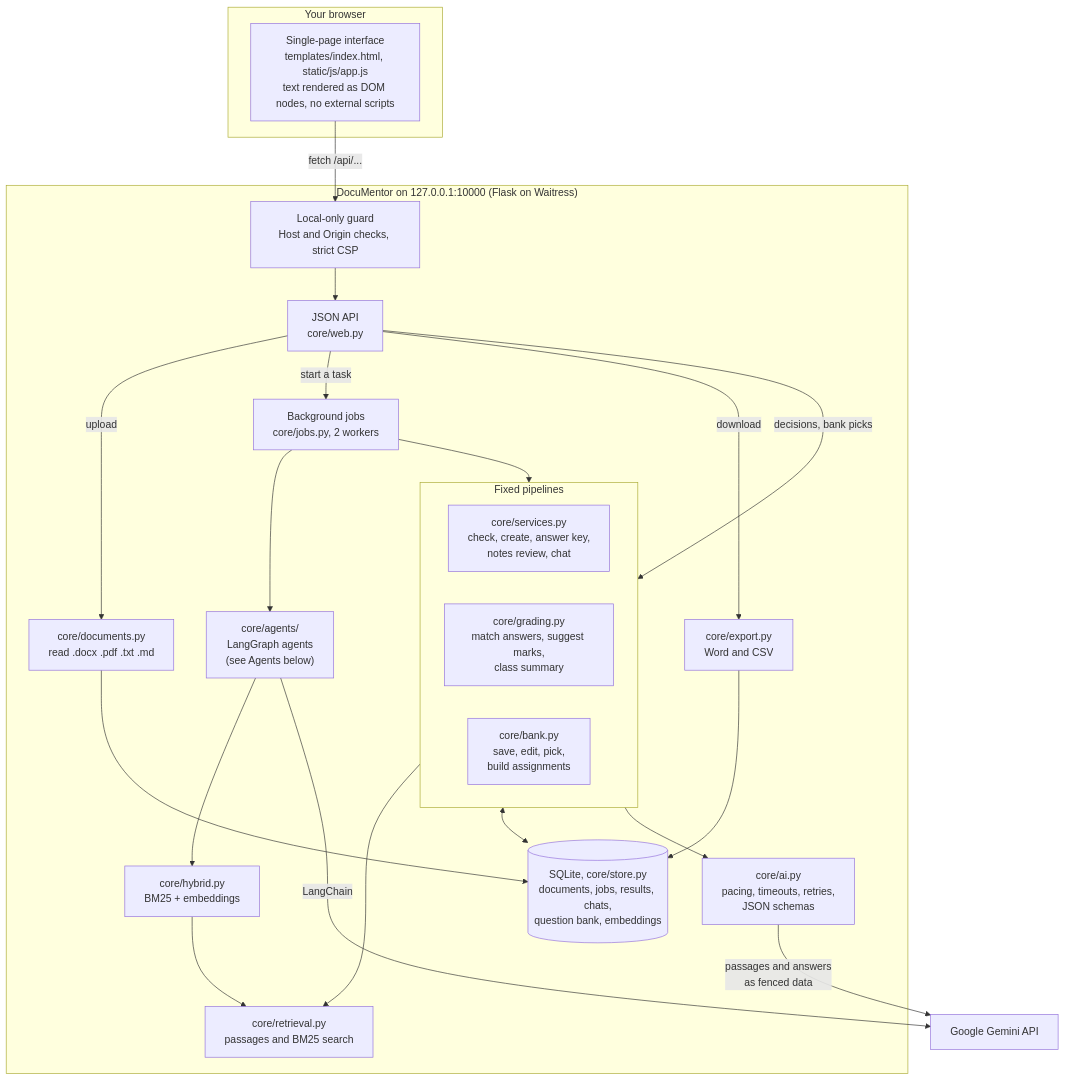
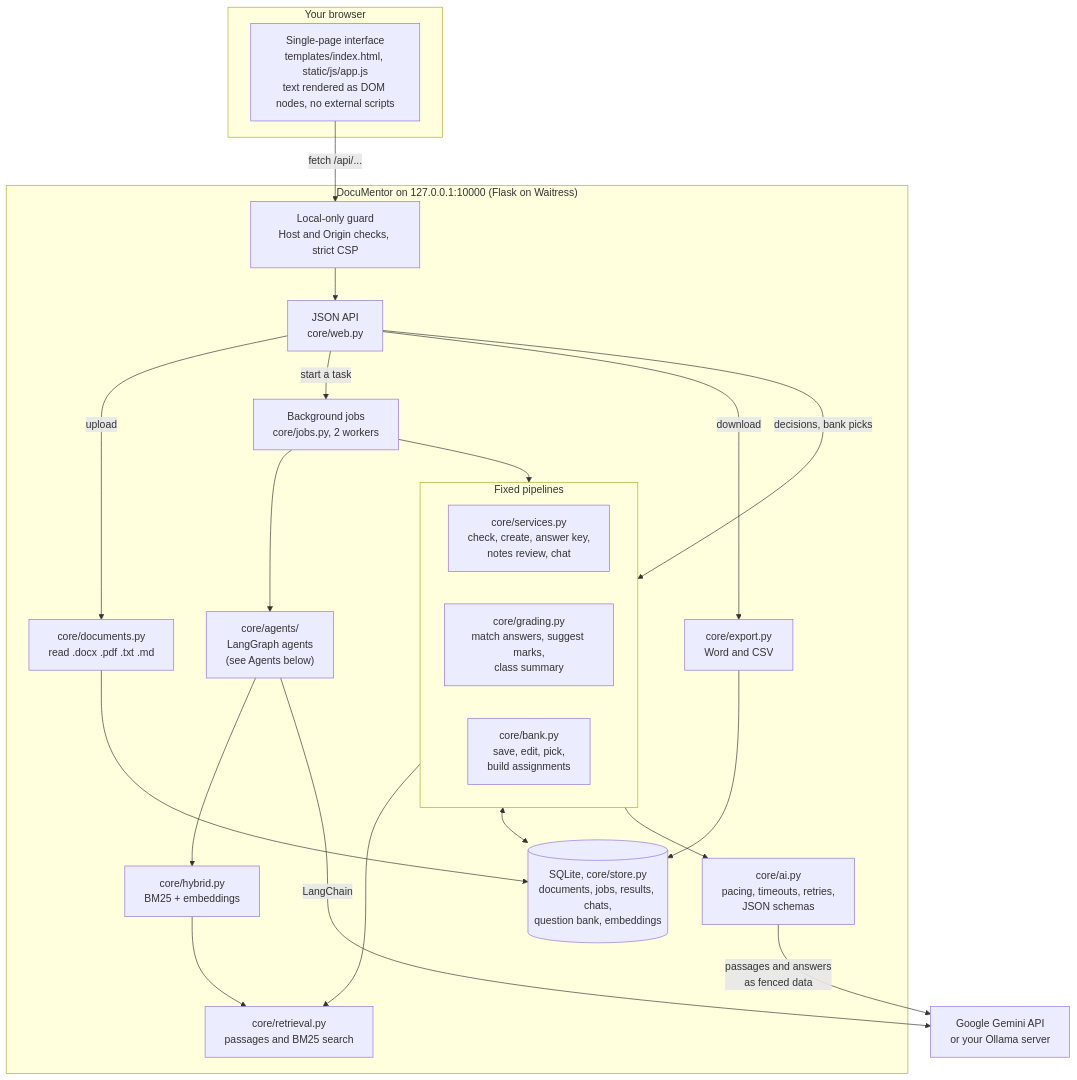
One commit to nithinskumar866/AIdoccreator changed the second of 7 diagrams in README.md. Above: the diagram before and after it, drawn with Mermaid. The commit also changed other lines of this file, not shown here.

````diff
--- a/README.md
+++ b/README.md
@@ -108,41 +152,41 @@
 ```mermaid
 flowchart TB
     subgraph Browser["Your browser"]
         UI["Single-page interface<br/>templates/index.html, static/js/app.js<br/>text rendered as DOM nodes, no external scripts"]
     end
 
     subgraph Local["DocuMentor on 127.0.0.1:10000 (Flask on Waitress)"]
         Guard["Local-only guard<br/>Host and Origin checks, strict CSP"]
         API["JSON API<br/>core/web.py"]
         Jobs["Background jobs<br/>core/jobs.py, 2 workers"]
 
         subgraph Features["Fixed pipelines"]
             Svc["core/services.py<br/>check, create, answer key,<br/>notes review, chat"]
             Grade["core/grading.py<br/>match answers, suggest marks,<br/>class summary"]
             Bank["core/bank.py<br/>save, edit, pick,<br/>build assignments"]
         end
 
         Agents["core/agents/<br/>LangGraph agents<br/>(see Agents below)"]
         Hybrid["core/hybrid.py<br/>BM25 + embeddings"]
 
         Docs["core/documents.py<br/>read .docx .pdf .txt .md"]
         Ret["core/retrieval.py<br/>passages and BM25 search"]
         AI["core/ai.py<br/>pacing, timeouts, retries,<br/>JSON schemas"]
         Export["core/export.py<br/>Word and CSV"]
         Store[("SQLite, core/store.py<br/>documents, jobs, results, chats,<br/>question bank, embeddings")]
     end
 
-    Gemini["Google Gemini API"]
+    Gemini["Google Gemini API<br/>or your Ollama server"]
 
     UI -- "fetch /api/..." --> Guard --> API
     API -- "upload" --> Docs --> Store
     API -- "start a task" --> Jobs --> Features
     API -- "decisions, bank picks" --> Features
     Features --> Ret
     Features <--> Store
     Features --> AI -- "passages and answers<br/>as fenced data" --> Gemini
     API -- "download" --> Export --> Store
     Jobs --> Agents
     Agents --> Hybrid --> Ret
     Agents -- "LangChain" --> Gemini
 ```
````
